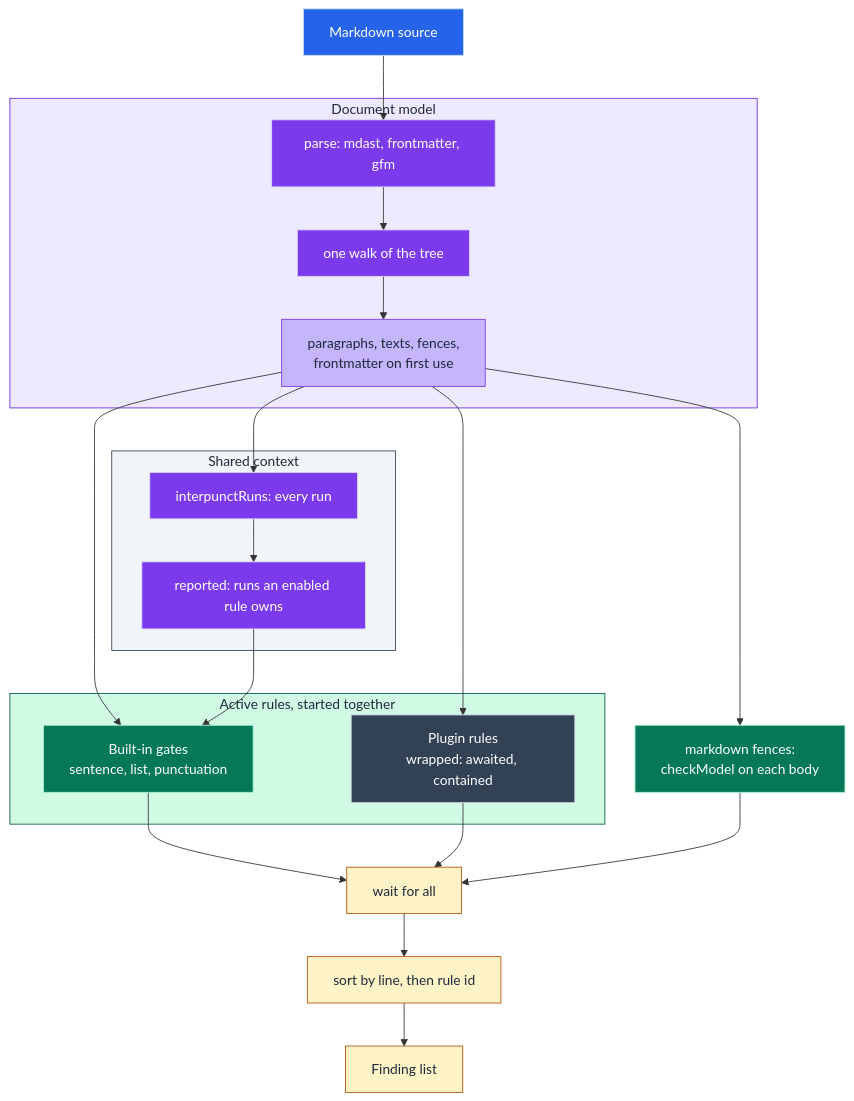
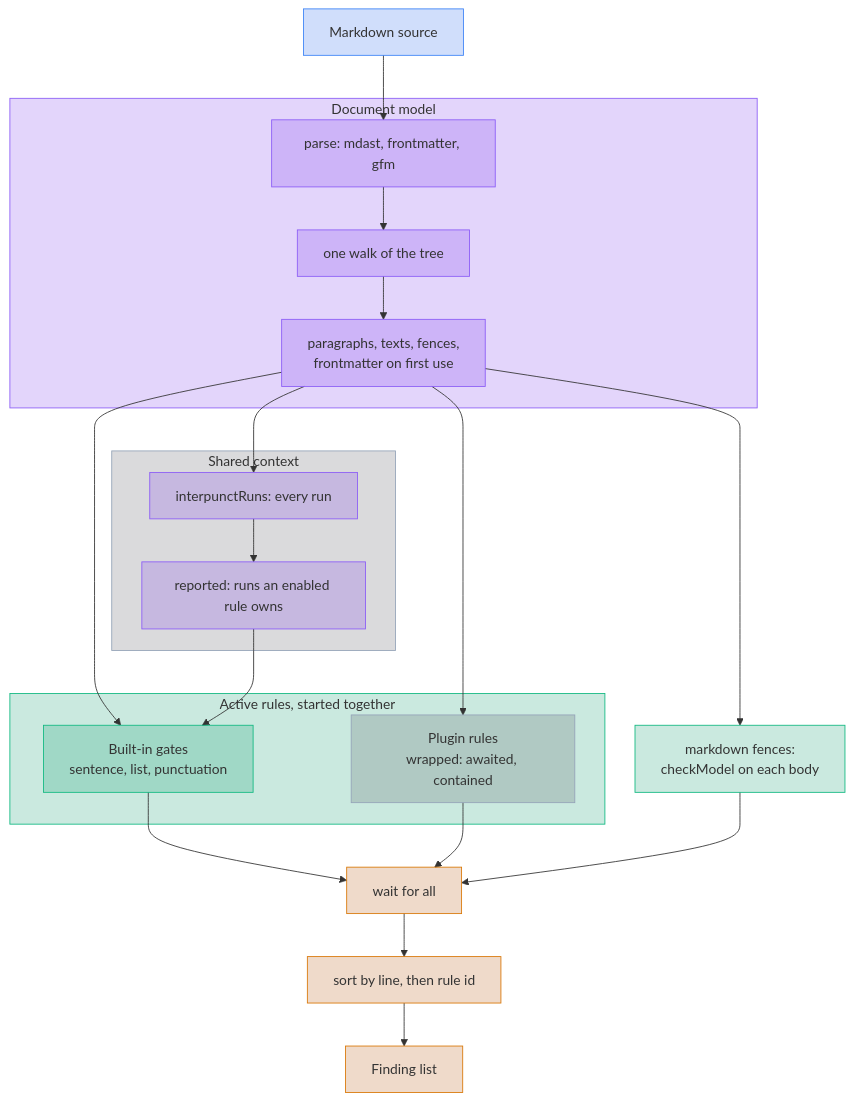
One commit to jpeakai/jpai-prose-gates changed the ninth of 19 diagrams in docs/DATA_MODEL.md. Above: the diagram before and after it, drawn with Mermaid. The commit also changed other lines of this file and 1 other file, not shown here.

First line of the commit message:
docs: recalibrate the Mermaid diagrams for Material with translucent fills

````diff
--- a/docs/DATA_MODEL.md
+++ b/docs/DATA_MODEL.md
@@ -288,47 +288,47 @@
 ```mermaid
 flowchart TB
     SRC["Markdown source"]:::source
 
     subgraph model["Document model"]
         PARSE["parse: mdast, frontmatter, gfm"]:::build
         WALK["one walk of the tree"]:::build
         VIEWS["paragraphs, texts, fences,<br/>frontmatter on first use"]:::view
     end
 
     subgraph ctx["Shared context"]
         RUNS["interpunctRuns: every run"]:::build
         REP["reported: runs an enabled rule owns"]:::build
     end
 
     subgraph rules["Active rules, started together"]
         BUILTIN["Built-in gates<br/>sentence, list, punctuation"]:::gate
         PLUGIN["Plugin rules<br/>wrapped: awaited, contained"]:::ext
     end
 
     FENCE["markdown fences:<br/>checkModel on each body"]:::gate
     WAIT["wait for all"]:::out
     SORT["sort by line, then rule id"]:::out
     OUT["Finding list"]:::out
 
     SRC --> PARSE --> WALK --> VIEWS
     VIEWS --> RUNS --> REP
     VIEWS --> BUILTIN
     REP --> BUILTIN
     VIEWS --> PLUGIN
     VIEWS --> FENCE
     BUILTIN --> WAIT
     PLUGIN --> WAIT
     FENCE --> WAIT
     WAIT --> SORT --> OUT
 
-    classDef source fill:#2563eb,stroke:#bfdbfe,color:#ffffff
-    classDef build  fill:#7c3aed,stroke:#ddd6fe,color:#ffffff
-    classDef view   fill:#c4b5fd,stroke:#7c3aed,color:#1e293b
-    classDef gate   fill:#047857,stroke:#a7f3d0,color:#ffffff
-    classDef ext    fill:#334155,stroke:#cbd5e1,color:#ffffff
-    classDef out    fill:#fef3c7,stroke:#b45309,color:#1e293b
+    classDef source fill:#2563eb36,stroke:#3b82f6
+    classDef build  fill:#7c3aed36,stroke:#8b5cf6
+    classDef view   fill:#7c3aed36,stroke:#8b5cf6
+    classDef gate   fill:#05966936,stroke:#10b981
+    classDef ext    fill:#52525b36,stroke:#94a3b8
+    classDef out    fill:#b4530936,stroke:#d97706
 
-    style model fill:#ede9fe,stroke:#6d28d9,color:#1e293b
-    style ctx fill:#f1f5f9,stroke:#334155,color:#1e293b
-    style rules fill:#d1fae5,stroke:#065f46,color:#1e293b
+    style model fill:#7c3aed36,stroke:#8b5cf6
+    style ctx fill:#52525b36,stroke:#94a3b8
+    style rules fill:#05966936,stroke:#10b981
 ```
````
